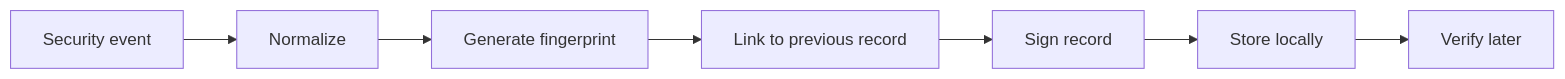
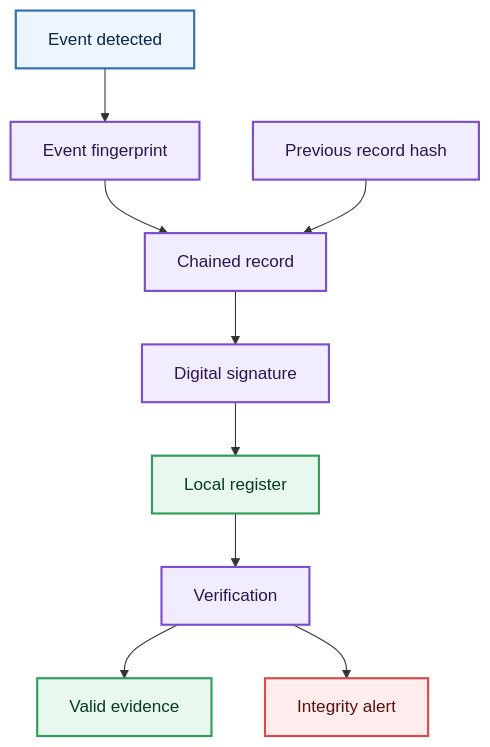
Before and after one commit to G-omar3/Ova_Security: the eighth of 12 diagrams in README.md, drawn with Mermaid. The commit also changed other lines of this file, not shown here.

Commit message:
Enrich architecture README

````diff
--- a/README.md
+++ b/README.md
@@ -153,12 +404,28 @@
 ```mermaid
-flowchart LR
-  Event[Security event]
-  Normalize[Normalize]
-  Fingerprint[Generate fingerprint]
-  Chain[Link to previous record]
-  Sign[Sign record]
-  Store[Store locally]
-  Verify[Verify later]
+flowchart TB
+  Event[Event detected]
+  Hash[Event fingerprint]
+  Previous[Previous record hash]
+  Chain[Chained record]
+  Signature[Digital signature]
+  Store[Local register]
+  Verify[Verification]
+  Valid[Valid evidence]
+  Invalid[Integrity alert]
 
-  Event --> Normalize --> Fingerprint --> Chain --> Sign --> Store --> Verify
+  Event --> Hash --> Chain
+  Previous --> Chain
+  Chain --> Signature --> Store --> Verify
+  Verify --> Valid
+  Verify --> Invalid
+
+  classDef event fill:#edf5ff,stroke:#2f6fb2,stroke-width:2px,color:#06284d;
+  classDef crypto fill:#f1ecff,stroke:#7c4dcc,stroke-width:2px,color:#2b174f;
+  classDef store fill:#e9f8ef,stroke:#2e9e5b,stroke-width:2px,color:#073b24;
+  classDef danger fill:#ffecec,stroke:#d94a4a,stroke-width:2px,color:#5a1010;
+
+  class Event event;
+  class Hash,Previous,Chain,Signature,Verify crypto;
+  class Store,Valid store;
+  class Invalid danger;
 ```
````
